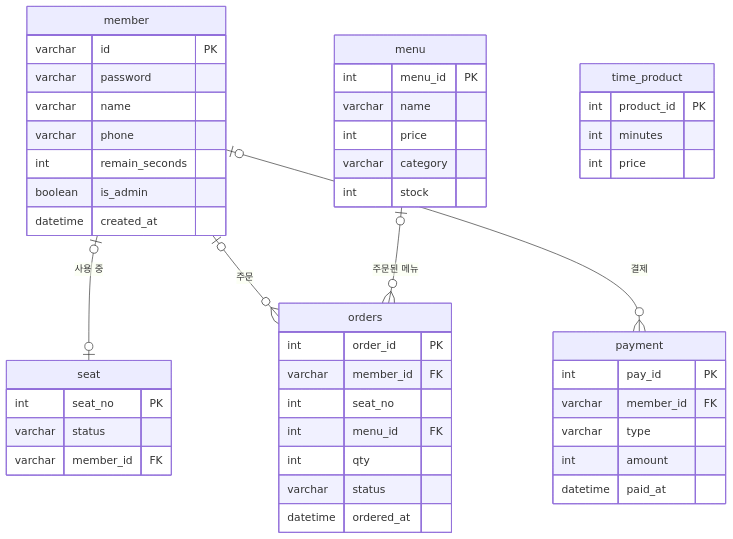
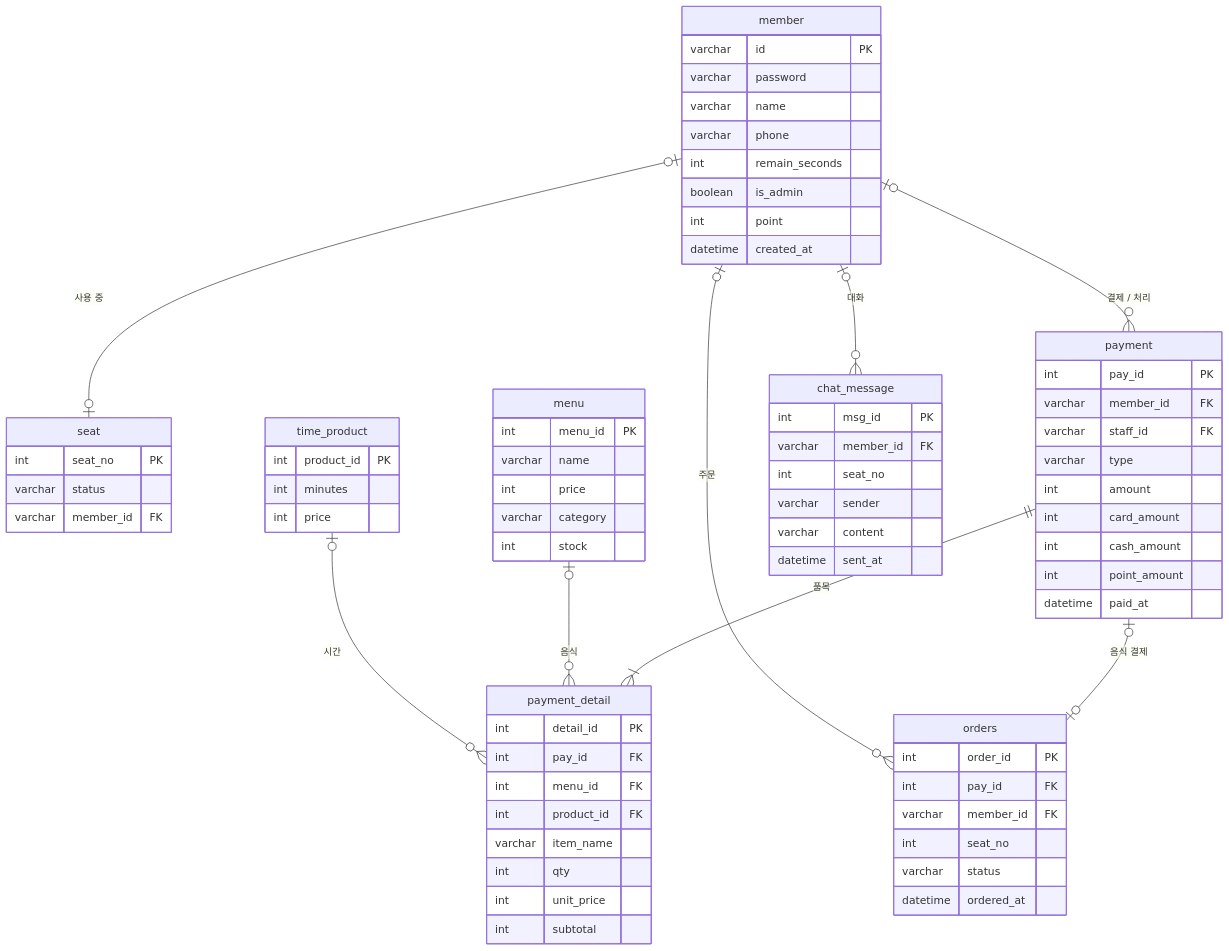
Before and after one commit to ldhpop123/MJC-java-PcCafe: the diagram in README.md, drawn with Mermaid. The commit also changed other lines of this file and 27 other files, not shown here.

````diff
--- a/README.md
+++ b/README.md
@@ -117,50 +132,76 @@
 ```mermaid
 erDiagram
     member |o--o| seat : "사용 중"
+    member |o--o{ payment : "결제 / 처리"
+    payment ||--|{ payment_detail : "품목"
+    menu |o--o{ payment_detail : "음식"
+    time_product |o--o{ payment_detail : "시간"
+    payment |o--o| orders : "음식 결제"
     member |o--o{ orders : "주문"
-    menu |o--o{ orders : "주문된 메뉴"
-    member |o--o{ payment : "결제"
+    member |o--o{ chat_message : "대화"
 
     member {
         varchar id PK
         varchar password
         varchar name
         varchar phone
         int remain_seconds
         boolean is_admin
+        int point
         datetime created_at
     }
     seat {
         int seat_no PK
         varchar status
         varchar member_id FK
+    }
+    time_product {
+        int product_id PK
+        int minutes
+        int price
     }
     menu {
         int menu_id PK
         varchar name
         int price
         varchar category
         int stock
     }
+    payment {
+        int pay_id PK
+        varchar member_id FK
+        varchar staff_id FK
+        varchar type
+        int amount
+        int card_amount
+        int cash_amount
+        int point_amount
+        datetime paid_at
+    }
+    payment_detail {
+        int detail_id PK
+        int pay_id FK
+        int menu_id FK
+        int product_id FK
+        varchar item_name
+        int qty
+        int unit_price
+        int subtotal
+    }
     orders {
         int order_id PK
+        int pay_id FK
         varchar member_id FK
         int seat_no
-        int menu_id FK
-        int qty
         varchar status
         datetime ordered_at
     }
-    payment {
-        int pay_id PK
+    chat_message {
+        int msg_id PK
         varchar member_id FK
-        varchar type
-        int amount
-        datetime paid_at
-    }
-    time_product {
-        int product_id PK
-        int minutes
-        int price
+        int seat_no
+        varchar sender
+        varchar content
+        datetime sent_at
     }
 ```
````
